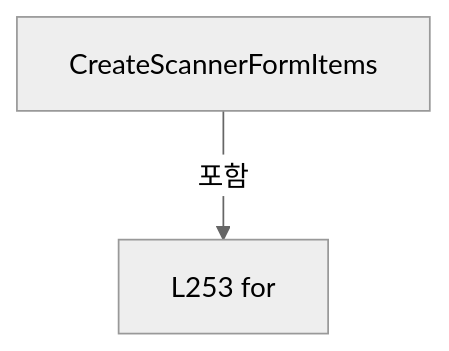
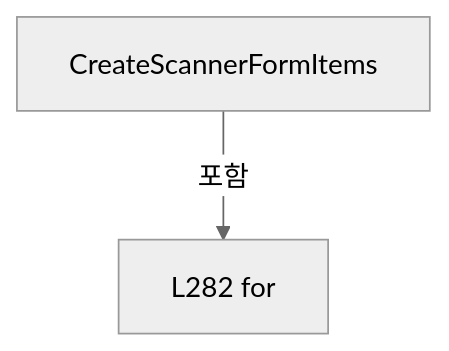
The sixth of 17 diagrams in A3 LD Code Ref/files/Drilling.File/JHMI/CSettingFile.cs.md (kjuws10-rgb/Shared), drawn with Mermaid (neutral theme) before and after one commit. The commit also changed other lines of this file and 1984 other files, not shown here.

Commit message:
docs(a3): update 11.17.0 architecture and complete code reference

````diff
--- a/A3 LD Code Ref/files/Drilling.File/JHMI/CSettingFile.cs.md
+++ b/A3 LD Code Ref/files/Drilling.File/JHMI/CSettingFile.cs.md
@@ -1213,6 +1274,6 @@
 ```mermaid
 flowchart TD
  M["CreateScannerFormItems"]
- N0["L253 for"]
+ N0["L282 for"]
  M -->|포함| N0
 ```
````
